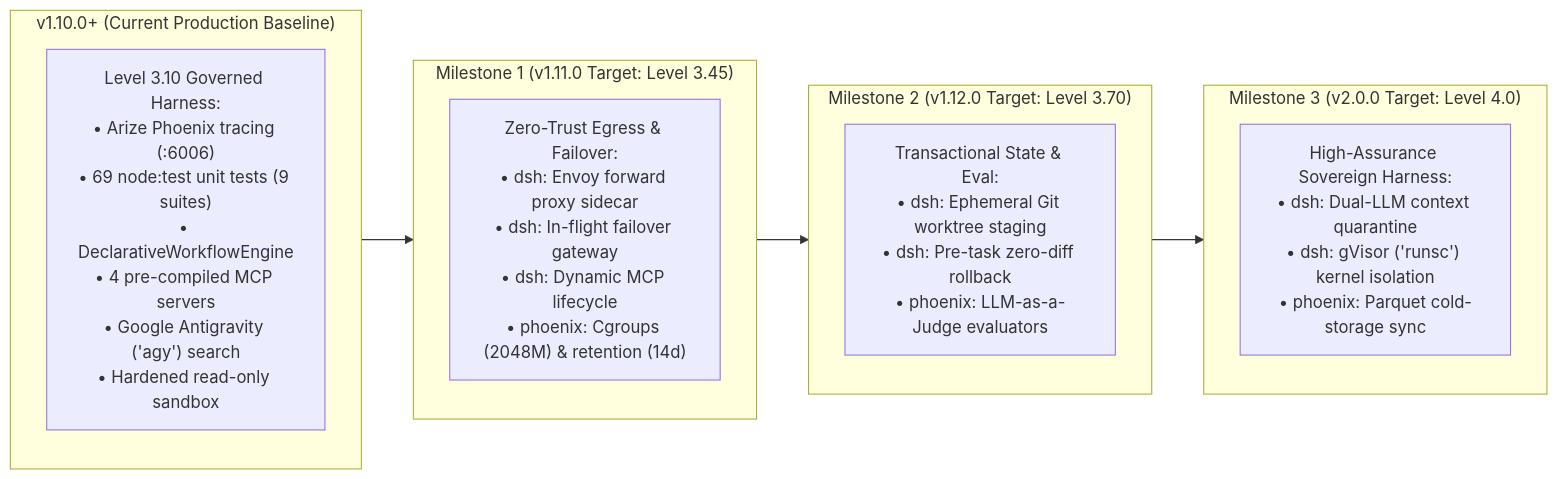
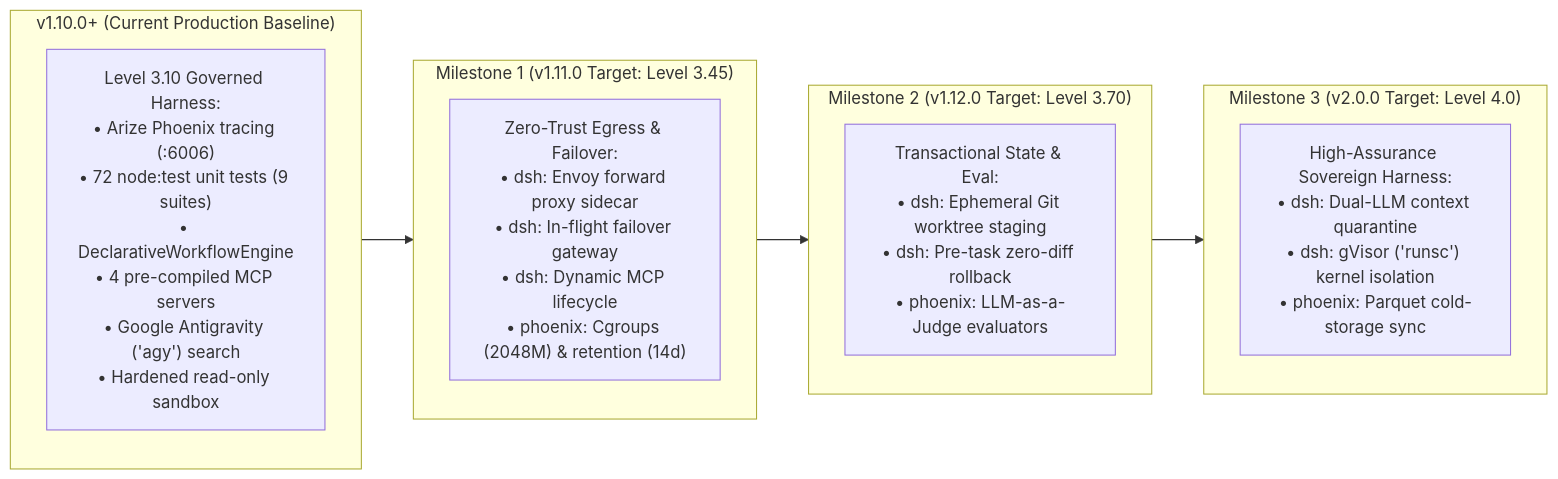
One commit to hdjebar/DSH-DDS changed the diagram in docs/future-development/ROADMAP.md. Above: the diagram before and after it, drawn with Mermaid. The commit also changed other lines of this file and 10 other files, not shown here.

````diff
--- a/docs/future-development/ROADMAP.md
+++ b/docs/future-development/ROADMAP.md
@@ -9,24 +9,24 @@
 ```mermaid
 flowchart LR
     subgraph V110["v1.10.0+ (Current Production Baseline)"]
         direction TB
-        B1["Level 3.10 Governed Harness:<br/>• Arize Phoenix tracing (:6006)<br/>• 69 node:test unit tests (9 suites)<br/>• DeclarativeWorkflowEngine<br/>• 4 pre-compiled MCP servers<br/>• Google Antigravity ('agy') search<br/>• Hardened read-only sandbox"]
+        B1["Level 3.10 Governed Harness:<br/>• Arize Phoenix tracing (:6006)<br/>• 72 node:test unit tests (9 suites)<br/>• DeclarativeWorkflowEngine<br/>• 4 pre-compiled MCP servers<br/>• Google Antigravity ('agy') search<br/>• Hardened read-only sandbox"]
     end
 
     subgraph V111["Milestone 1 (v1.11.0 Target: Level 3.45)"]
         direction TB
         T1["Zero-Trust Egress & Failover:<br/>• dsh: Envoy forward proxy sidecar<br/>• dsh: In-flight failover gateway<br/>• dsh: Dynamic MCP lifecycle<br/>• phoenix: Cgroups (2048M) & retention (14d)"]
     end
 
     subgraph V112["Milestone 2 (v1.12.0 Target: Level 3.70)"]
         direction TB
         T2["Transactional State & Eval:<br/>• dsh: Ephemeral Git worktree staging<br/>• dsh: Pre-task zero-diff rollback<br/>• phoenix: LLM-as-a-Judge evaluators"]
     end
 
     subgraph V200["Milestone 3 (v2.0.0 Target: Level 4.0)"]
         direction TB
         T3["High-Assurance Sovereign Harness:<br/>• dsh: Dual-LLM context quarantine<br/>• dsh: gVisor ('runsc') kernel isolation<br/>• phoenix: Parquet cold-storage sync"]
     end
 
     V110 --> V111 --> V112 --> V200
 ```
````
